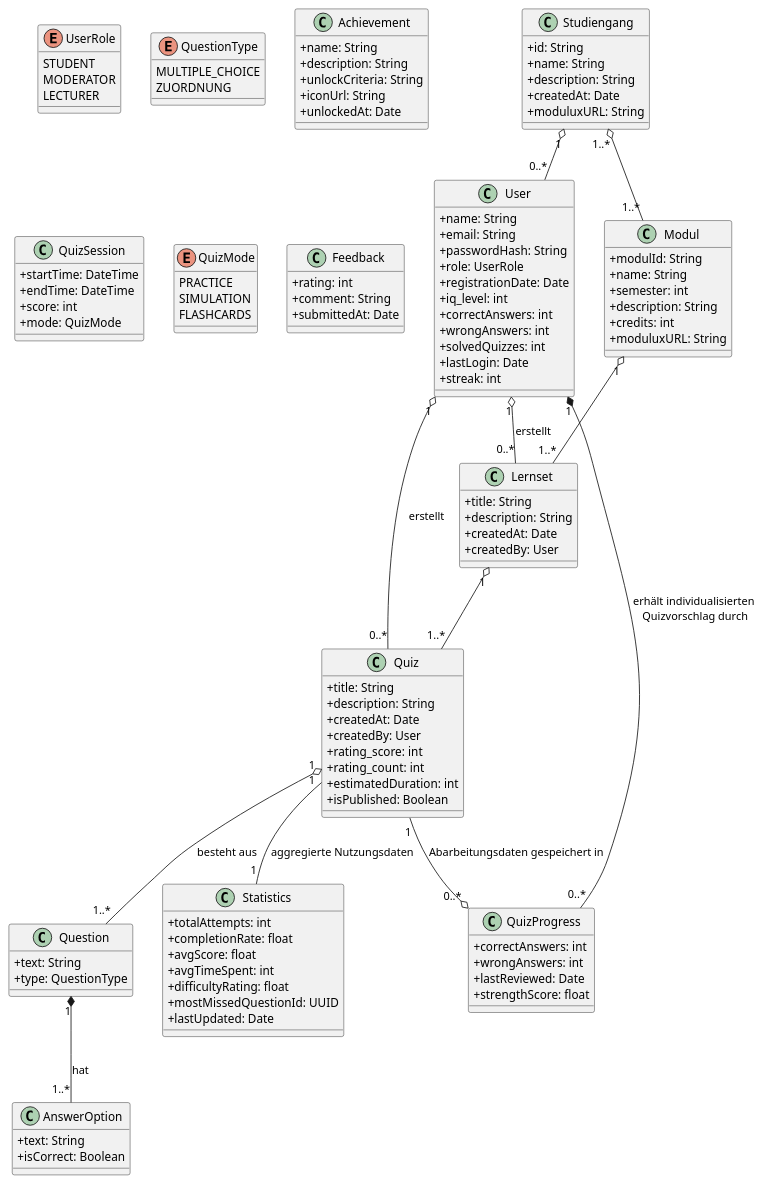
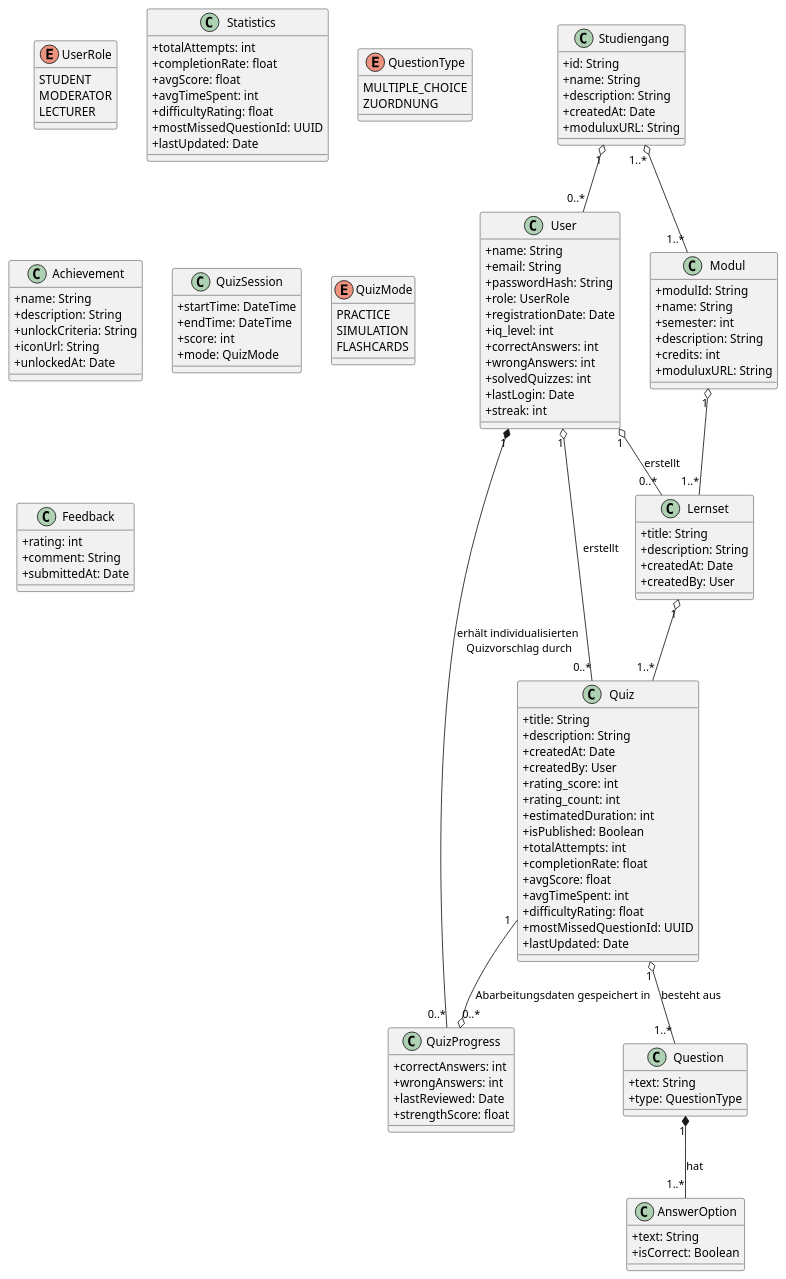
Before and after one commit to Gorg-tech/StudIQ: the diagram in docs/requirements/images/dommodell.puml, drawn with PlantUML.

Commit message:
Stats-Klasse zu Quiz-Klasse kopiert (wegen 1:1)

```diff
--- a/docs/requirements/images/dommodell.puml
+++ b/docs/requirements/images/dommodell.puml
@@ -1,149 +1,156 @@
 @startuml
 skinparam classAttributeIconSize 0
 
 ' ----------------------------
 '      Entitäten / Klassen
 ' ----------------------------
 
 class User {
   +name: String
   +email: String
   +passwordHash: String
   +role: UserRole
   +registrationDate: Date
   +iq_level: int
   +correctAnswers: int
   +wrongAnswers: int
   +solvedQuizzes: int 
   +lastLogin: Date
   'zusätzliche Speicherung der solvedQuizzes, 
   'da bei Referenz auf Quiz nach Löschen dieses Probleme entstehen
   +streak: int
 }
 
 enum UserRole {
   STUDENT
   MODERATOR
   LECTURER
 }
 
 class Modul {
   +modulId: String
   +name: String
   +semester: int
   +description: String
   +credits: int
   +moduluxURL: String
 }
 
 class Lernset {
   +title: String
   +description: String
   +createdAt: Date
   +createdBy: User
 }
 
 class Quiz {
   +title: String
   +description: String
   +createdAt: Date
   +createdBy: User
   +rating_score: int
   +rating_count: int
   +estimatedDuration: int
   +isPublished: Boolean
+  +totalAttempts: int
+  +completionRate: float
+  +avgScore: float
+  +avgTimeSpent: int
+  +difficultyRating: float
+  +mostMissedQuestionId: UUID
+  +lastUpdated: Date
 }
 
 class Statistics {
   +totalAttempts: int
   +completionRate: float
   +avgScore: float
   +avgTimeSpent: int
   +difficultyRating: float
   +mostMissedQuestionId: UUID
   +lastUpdated: Date
 }
 
 class Question {
   +text: String
   +type: QuestionType
 }
 
 enum QuestionType {
   MULTIPLE_CHOICE
   'FREITEXT
   ZUORDNUNG
 }
 
 class AnswerOption {
   +text: String
   +isCorrect: Boolean
 }
 
 class QuizProgress {
   +correctAnswers: int
   +wrongAnswers: int
   +lastReviewed: Date
   +strengthScore: float
 }
 
 class Achievement {
   +name: String
   +description: String
   +unlockCriteria: String
   +iconUrl: String
   +unlockedAt: Date
 }
 
 class QuizSession {
   +startTime: DateTime
   +endTime: DateTime
   +score: int
   +mode: QuizMode
 }
 
 enum QuizMode {
   PRACTICE
   SIMULATION
   FLASHCARDS
 }
 
 class Feedback {
   +rating: int
   +comment: String
   +submittedAt: Date
 }
 
 class Studiengang {
   +id: String
   +name: String
   +description: String
   +createdAt: Date
   +moduluxURL: String
 }
 
 
 ' ----------------------------
 '      Beziehungen
 ' ----------------------------
 User "1" *-- "0..*" QuizProgress : erhält individualisierten\n Quizvorschlag durch
 'User "1" *-- "0..*" QuizSession
 'User "1" o-- "0..*" Feedback
 'User "1" o-- "0..*" Achievement : erhält
 User "1" o-- "0..*" Quiz : erstellt
 User "1" o-- "0..*" Lernset : erstellt
 Studiengang "1" o-- "0..*" User
 
 'User "1" -- "0..*" StudyGroup : istMitglied
 'StudyGroup "1" -- "0..*" QuizSession : gemeinsameQuizze
 
 Modul "1" o-- "1..*" Lernset
 Lernset "1" o-- "1..*" Quiz
 Quiz "1" o-- "1..*" Question : besteht aus
 Question "1" *-- "1..*" AnswerOption : hat
 'Quiz "1" *-- "0..*" Feedback
 Quiz "1" --o "0..*" QuizProgress : Abarbeitungsdaten gespeichert in
-Quiz "1" -- "1" Statistics : aggregierte Nutzungsdaten
+'Quiz "1" -- "1" Statistics : aggregierte Nutzungsdaten
 'Quiz "0..*" -- "1" LearningHistory : Referenz auf 
 Studiengang "1..*" o-- "1..*" Modul 
 @enduml
```
